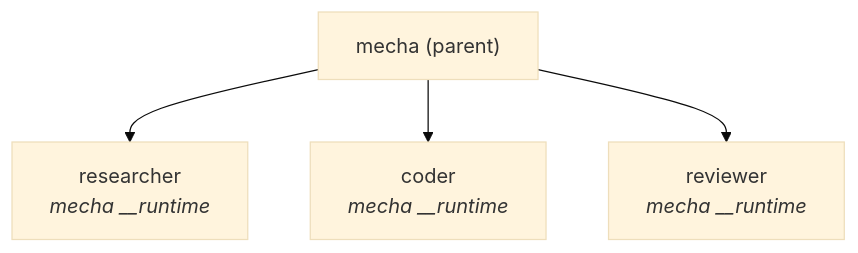
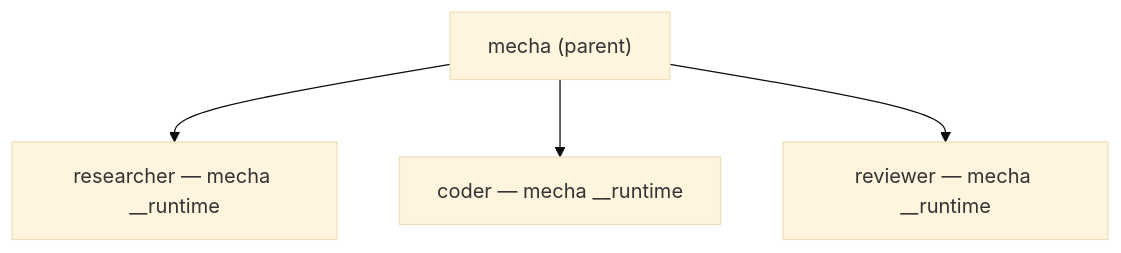
One commit to johnloveworld2022-ops/mecha.im changed the second of 5 diagrams in website/docs/reference/architecture.md. Above: the diagram before and after it, drawn with Mermaid (base theme). The commit also changed other lines of this file and 16 other files, not shown here.

First line of the commit message:
docs: fix accuracy issues, mermaid v11 syntax, and casa command prefixes

````diff
--- a/website/docs/reference/architecture.md
+++ b/website/docs/reference/architecture.md
@@ -64,7 +64,7 @@
 ```mermaid
 graph TD
   mecha["mecha (parent)"]
-  mecha --> researcher["researcher<br/><i>mecha __runtime</i>"]
-  mecha --> coder["coder<br/><i>mecha __runtime</i>"]
-  mecha --> reviewer["reviewer<br/><i>mecha __runtime</i>"]
+  mecha --> researcher["researcher — mecha __runtime"]
+  mecha --> coder["coder — mecha __runtime"]
+  mecha --> reviewer["reviewer — mecha __runtime"]
 ```
````
